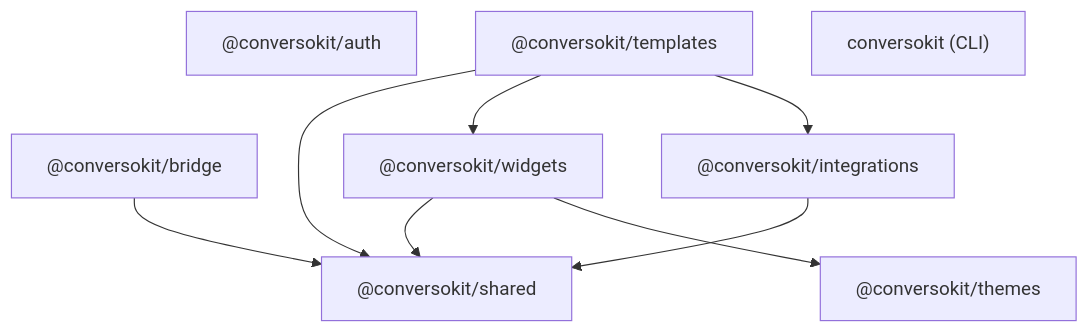
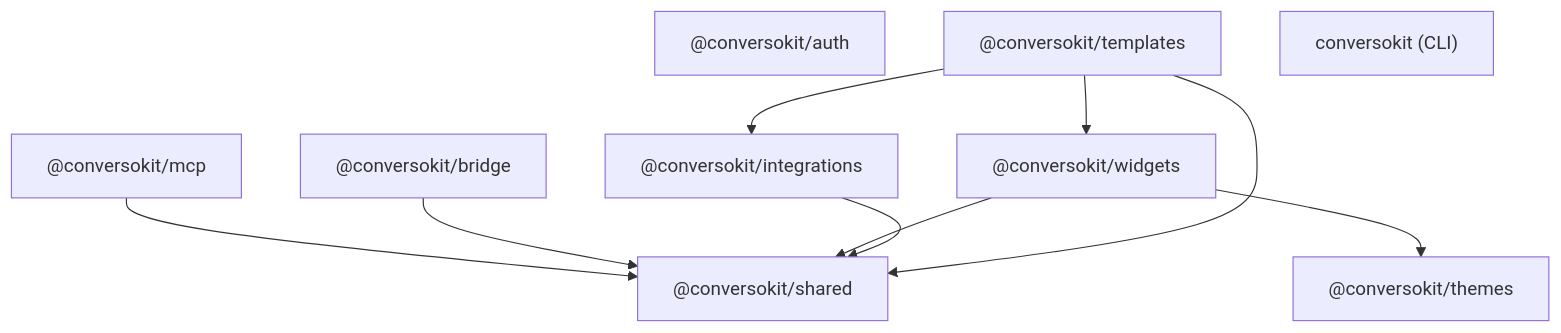
Before and after one commit to Xyborg/ConversoKit: the second of 2 diagrams in README.md, drawn with Mermaid. The commit also changed other lines of this file and 123 other files, not shown here.

````diff
--- a/README.md
+++ b/README.md
@@ -67,19 +65,20 @@
 ```mermaid
 flowchart TD
     shared["@conversokit/shared"]
     themes["@conversokit/themes"]
     bridge["@conversokit/bridge"]
     auth["@conversokit/auth"]
     widgets["@conversokit/widgets"]
     integrations["@conversokit/integrations"]
     templates["@conversokit/templates"]
     cli["conversokit (CLI)"]
 
+    mcp["@conversokit/mcp"] --> shared
     bridge --> shared
     widgets --> shared
     widgets --> themes
     integrations --> shared
     templates --> shared
     templates --> widgets
     templates --> integrations
 ```
````
